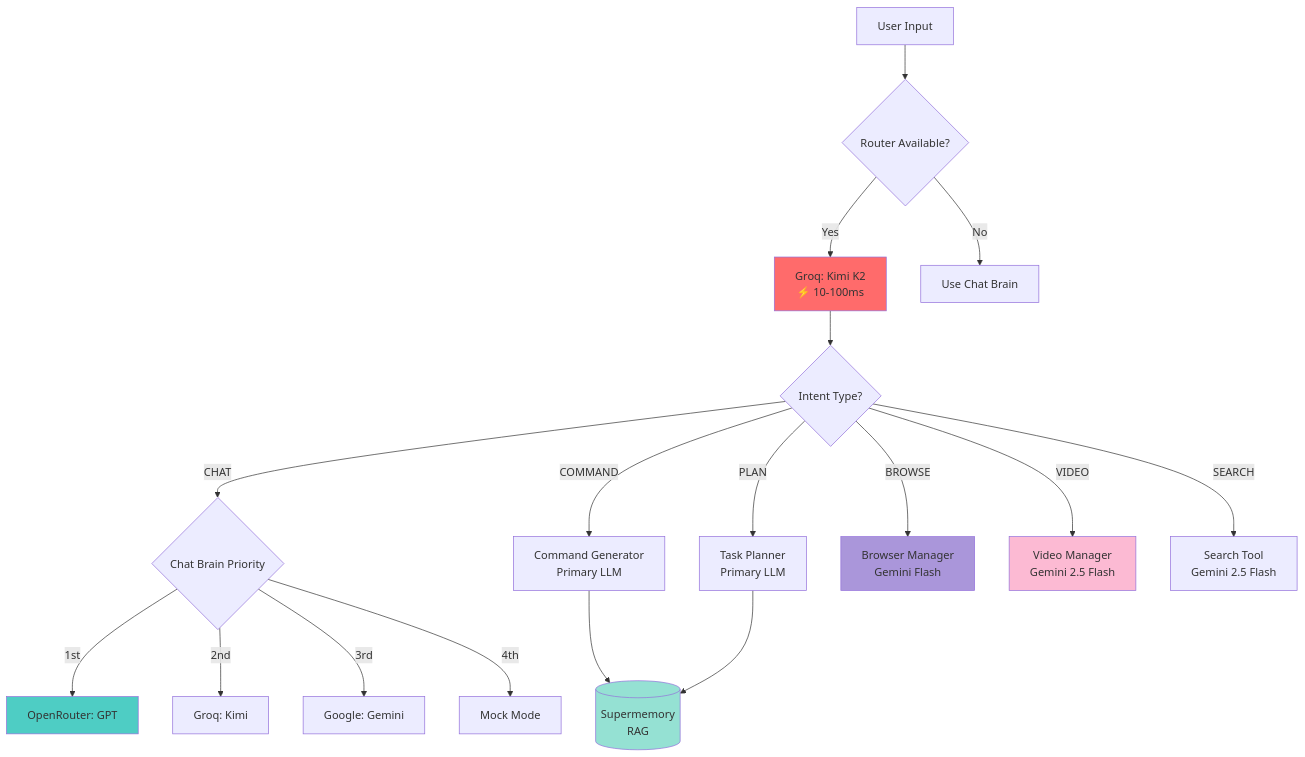
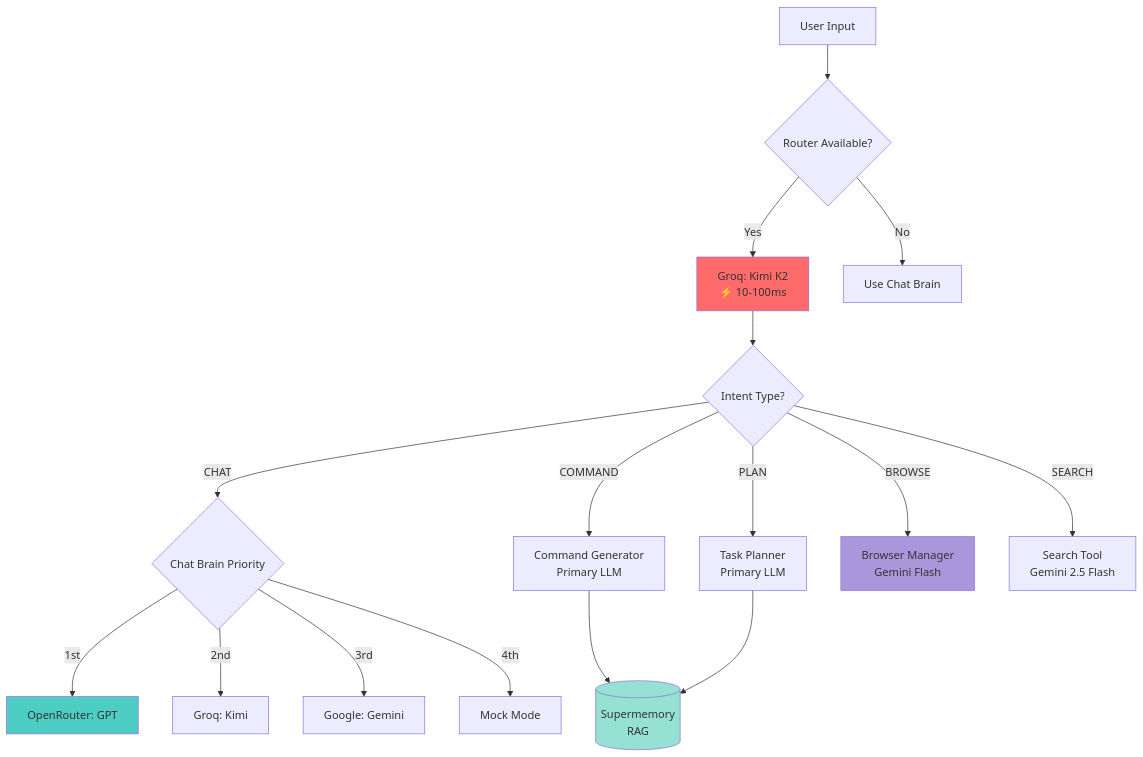
Before and after one commit to Garvit1000/nexus: the second of 6 diagrams in architecture_overview.md, drawn with Mermaid. The commit also changed other lines of this file and 7 other files, not shown here.

````diff
--- a/architecture_overview.md
+++ b/architecture_overview.md
@@ -74,29 +72,27 @@
 ```mermaid
 flowchart TD
     Start[User Input] --> Router{Router Available?}
     Router -->|Yes| Groq[Groq: Kimi K2<br/>⚡ 10-100ms]
     Router -->|No| Fallback[Use Chat Brain]
     
     Groq --> Decision{Intent Type?}
     
     Decision -->|CHAT| ChatBrain{Chat Brain Priority}
     ChatBrain -->|1st| OpenRouter[OpenRouter: GPT]
     ChatBrain -->|2nd| GroqChat[Groq: Kimi]
     ChatBrain -->|3rd| Gemini[Google: Gemini]
     ChatBrain -->|4th| Mock[Mock Mode]
     
     Decision -->|COMMAND| CmdGen[Command Generator<br/>Primary LLM]
     Decision -->|PLAN| Planner[Task Planner<br/>Primary LLM]
     Decision -->|BROWSE| Browser[Browser Manager<br/>Gemini Flash]
-    Decision -->|VIDEO| Video[Video Manager<br/>Gemini 2.5 Flash]
     Decision -->|SEARCH| Search[Search Tool<br/>Gemini 2.5 Flash]
     
     CmdGen --> Memory[(Supermemory<br/>RAG)]
     Planner --> Memory
     
     style Groq fill:#ff6b6b
     style OpenRouter fill:#4ecdc4
     style Memory fill:#95e1d3
     style Browser fill:#aa96da
-    style Video fill:#fcbad3
 ```
````
